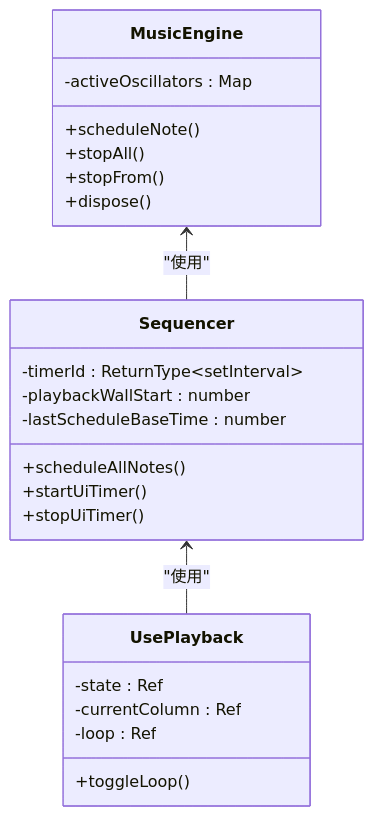
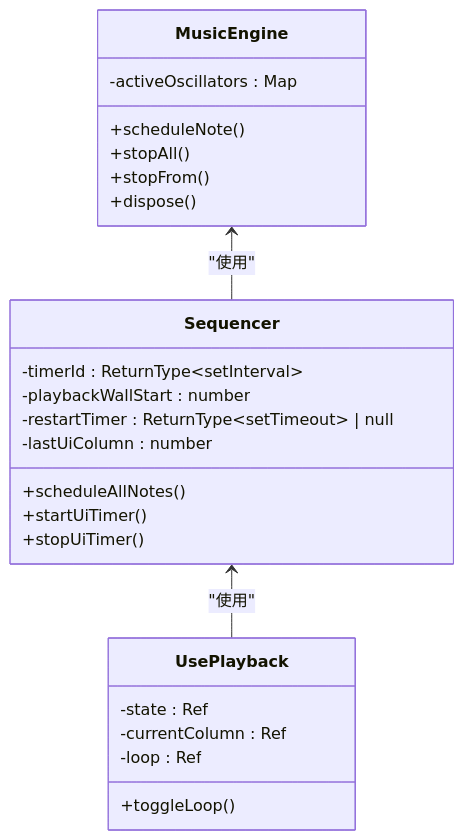
One commit to wingmeng/SUBOR-Music-Board changed the eighth of 9 diagrams in wiki/播放控制系统/循环播放机制.md. Above: the diagram before and after it, drawn with Mermaid. The commit also changed 45 other files, not shown here.

````diff
--- a/wiki/播放控制系统/循环播放机制.md
+++ b/wiki/播放控制系统/循环播放机制.md
@@ -315,26 +315,27 @@
 ```mermaid
 classDiagram
 class MusicEngine {
 -activeOscillators : Map
 +scheduleNote()
 +stopAll()
 +stopFrom()
 +dispose()
 }
 class Sequencer {
 -timerId : ReturnType~setInterval~
 -playbackWallStart : number
--lastScheduleBaseTime : number
+-restartTimer : ReturnType~setTimeout~ | null
+-lastUiColumn : number
 +scheduleAllNotes()
 +startUiTimer()
 +stopUiTimer()
 }
 class UsePlayback {
 -state : Ref
 -currentColumn : Ref
 -loop : Ref
 +toggleLoop()
 }
 MusicEngine <-- Sequencer : "使用"
 Sequencer <-- UsePlayback : "使用"
 ```
````
